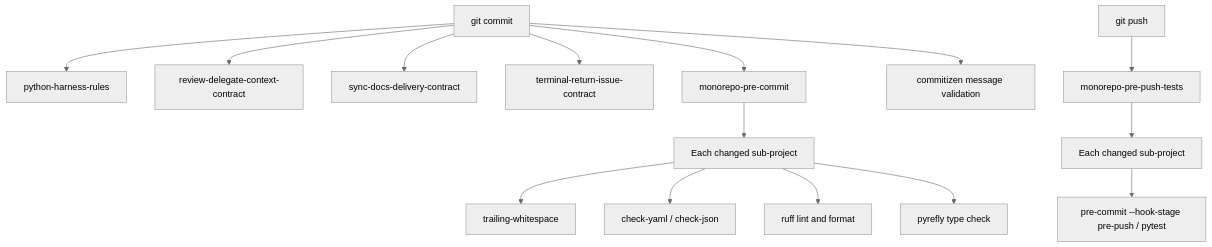
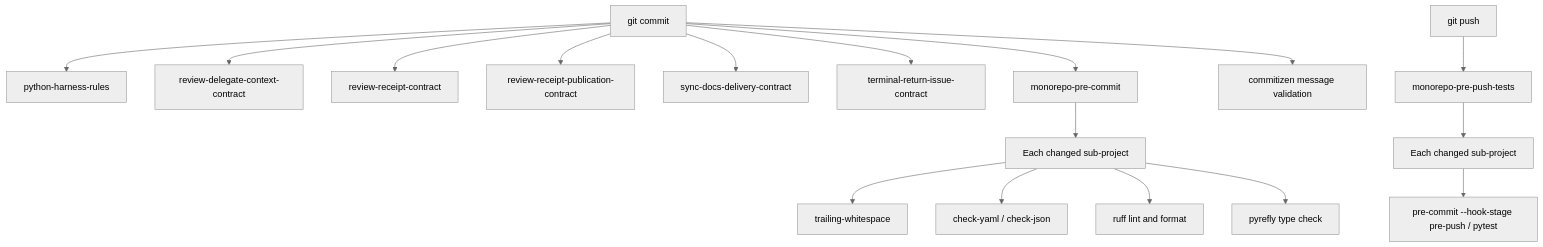
The diagram in CONTRIBUTING.md (E5presso/spakky-framework), drawn with Mermaid (neutral theme) before and after one commit. The commit also changed other lines of this file and 25 other files, not shown here.

````diff
--- a/CONTRIBUTING.md
+++ b/CONTRIBUTING.md
@@ -98,20 +98,22 @@
 ```mermaid
 flowchart TD
     commit[git commit]
     commit --> pythonharness[python-harness-rules]
     commit --> reviewcontract[review-delegate-context-contract]
+    commit --> receiptcontract[review-receipt-contract]
+    commit --> publicationcontract[review-receipt-publication-contract]
     commit --> syncdocscontract[sync-docs-delivery-contract]
     commit --> terminal[terminal-return-issue-contract]
     commit --> precommit[monorepo-pre-commit]
     commit --> commitizen[commitizen message validation]
     precommit --> changed[Each changed sub-project]
     changed --> whitespace[trailing-whitespace]
     changed --> syntax[check-yaml / check-json]
     changed --> ruff[ruff lint and format]
     changed --> pyrefly[pyrefly type check]
 
     push[git push]
     push --> prepush[monorepo-pre-push-tests]
     prepush --> subproject[Each changed sub-project]
     subproject --> pytest[pre-commit --hook-stage pre-push / pytest]
 ```
````
